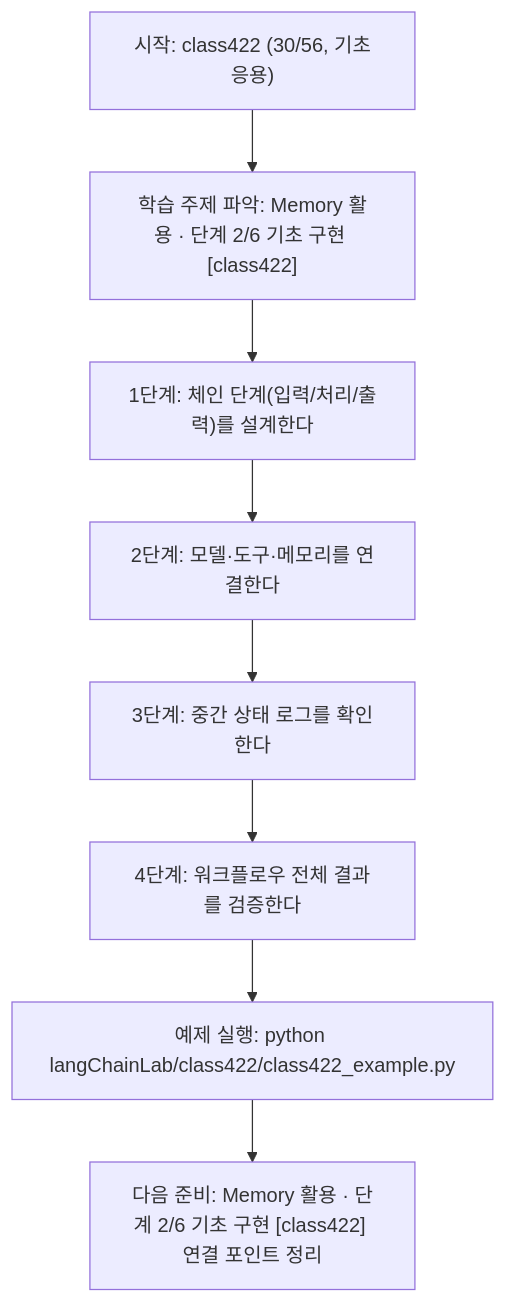
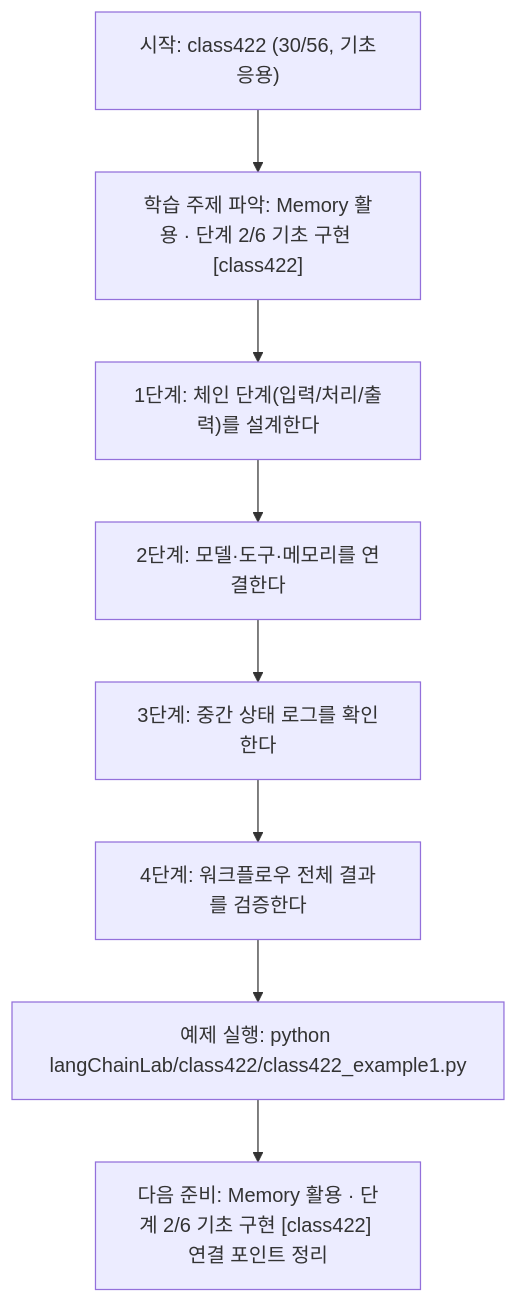
Before and after one commit to edumgt/Python-AI_Agent-Class: the diagram in langChainLab/class422/class422.md, drawn with Mermaid. The commit also changed other lines of this file and 2959 other files, not shown here.

````diff
--- a/langChainLab/class422/class422.md
+++ b/langChainLab/class422/class422.md
@@ -109,18 +109,18 @@
 ```mermaid
 flowchart TD
 N1["시작: class422 (30/56, 기초응용)"]
 N2["학습 주제 파악: Memory 활용 · 단계 2/6 기초 구현 [class422]"]
 N3["1단계: 체인 단계(입력/처리/출력)를 설계한다"]
 N4["2단계: 모델·도구·메모리를 연결한다"]
 N5["3단계: 중간 상태 로그를 확인한다"]
 N6["4단계: 워크플로우 전체 결과를 검증한다"]
-N7["예제 실행: python langChainLab/class422/class422_example.py"]
+N7["예제 실행: python langChainLab/class422/class422_example1.py"]
 N8["다음 준비: Memory 활용 · 단계 2/6 기초 구현 [class422] 연결 포인트 정리"]
 N1 --> N2
 N2 --> N3
 N3 --> N4
 N4 --> N5
 N5 --> N6
 N6 --> N7
 N7 --> N8
 ```
````
